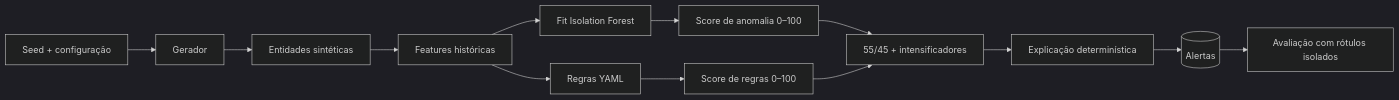
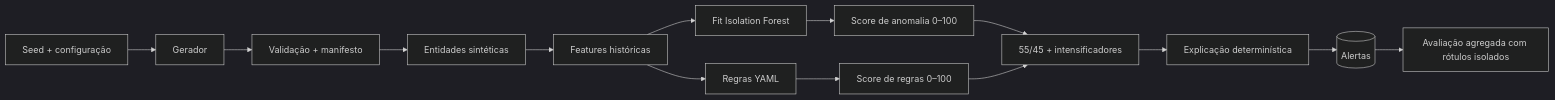
The third of 5 diagrams in docs/ARCHITECTURE.md (GabrielBuck/fraudlens), drawn with Mermaid (dark theme) before and after one commit. The commit also changed other lines of this file and 71 other files, not shown here.

````diff
--- a/docs/ARCHITECTURE.md
+++ b/docs/ARCHITECTURE.md
@@ -36,15 +36,16 @@
 ```mermaid
 flowchart LR
   Seed[Seed + configuração] --> Gen[Gerador]
-  Gen --> Raw[Entidades sintéticas]
+  Gen --> Quality[Validação + manifesto]
+  Quality --> Raw[Entidades sintéticas]
   Raw --> Feat[Features históricas]
   Feat --> Fit[Fit Isolation Forest]
   Feat --> Rules[Regras YAML]
   Fit --> ModelScore[Score de anomalia 0–100]
   Rules --> RuleScore[Score de regras 0–100]
   ModelScore --> Combine[55/45 + intensificadores]
   RuleScore --> Combine
   Combine --> Explain[Explicação determinística]
   Explain --> Alerts[(Alertas)]
-  Alerts --> Eval[Avaliação com rótulos isolados]
+  Alerts --> Eval[Avaliação agregada com rótulos isolados]
 ```
````
